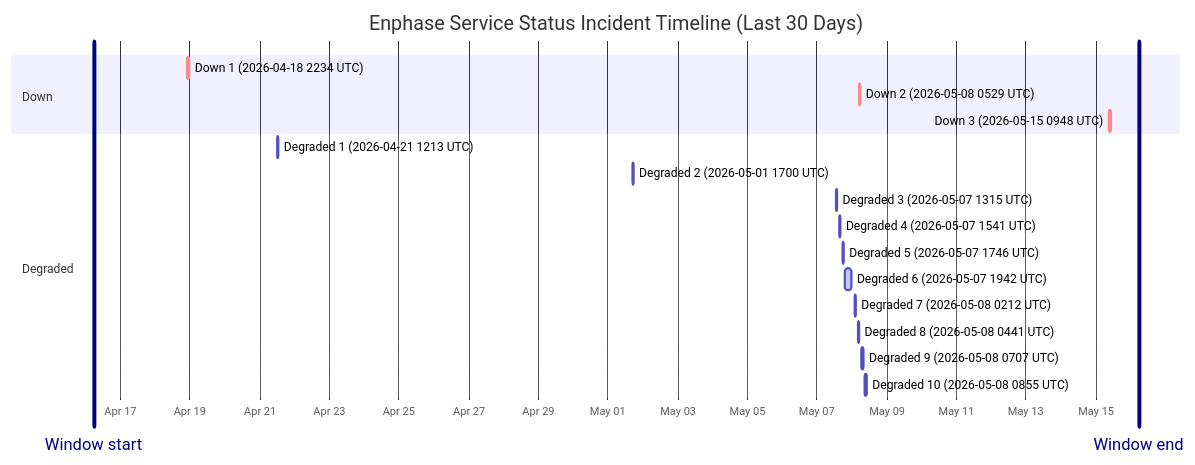
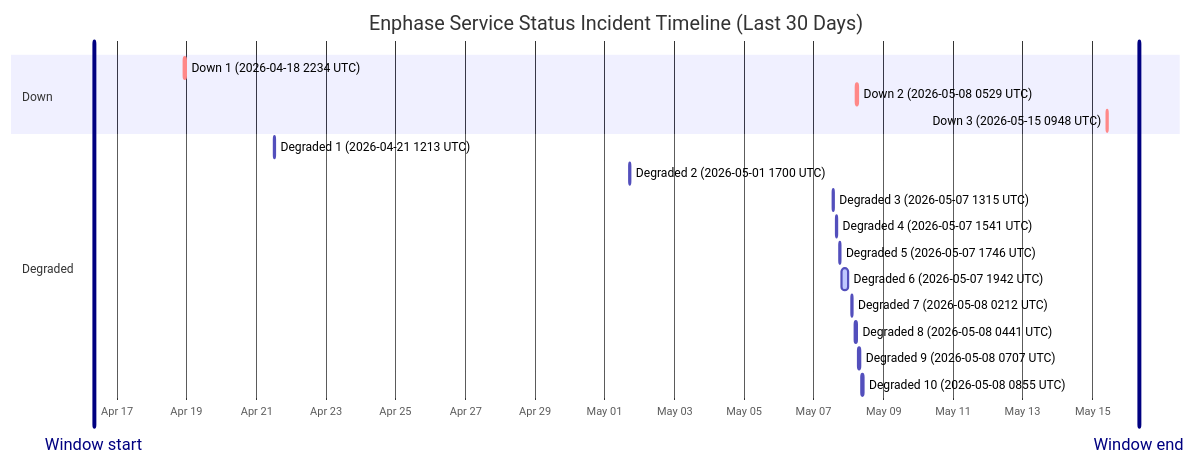
One commit to barneyonline/ha-enphase-ev-charger changed the diagram in wiki/Service-Status-History.md. Above: the diagram before and after it, drawn with Mermaid. The commit also changed other lines of this file and 3 other files, not shown here.

````diff
--- a/wiki/Service-Status-History.md
+++ b/wiki/Service-Status-History.md
@@ -14,23 +14,23 @@
 ```mermaid
 gantt
     title Enphase Service Status Incident Timeline (Last 30 Days)
     dateFormat  YYYY-MM-DDTHH:mm:ss
     axisFormat  %b %d
-    Window start :vert, window-start, 2026-04-16T05:54:05, 0ms
-    Window end :vert, window-end, 2026-05-16T05:54:05, 0ms
+    Window start :vert, window-start, 2026-04-16T08:02:50, 0ms
+    Window end :vert, window-end, 2026-05-16T08:02:50, 0ms
     section Down
     Down 1 (2026-04-18 2234 UTC) :crit, down-1, 2026-04-18T22:34:13, 60m
     Down 2 (2026-05-08 0529 UTC) :crit, down-2, 2026-05-08T05:29:47, 60m
     Down 3 (2026-05-15 0948 UTC) :crit, down-3, 2026-05-15T09:48:18, 60m
     section Degraded
     Degraded 1 (2026-04-21 1213 UTC) :active, degraded-1, 2026-04-21T12:13:11, 60m
     Degraded 2 (2026-05-01 1700 UTC) :active, degraded-2, 2026-05-01T17:00:22, 60m
     Degraded 3 (2026-05-07 1315 UTC) :active, degraded-3, 2026-05-07T13:15:25, 60m
     Degraded 4 (2026-05-07 1541 UTC) :active, degraded-4, 2026-05-07T15:41:58, 60m
     Degraded 5 (2026-05-07 1746 UTC) :active, degraded-5, 2026-05-07T17:46:51, 60m
     Degraded 6 (2026-05-07 1942 UTC) :active, degraded-6, 2026-05-07T19:42:10, 249m
     Degraded 7 (2026-05-08 0212 UTC) :active, degraded-7, 2026-05-08T02:12:39, 60m
     Degraded 8 (2026-05-08 0441 UTC) :active, degraded-8, 2026-05-08T04:41:46, 60m
     Degraded 9 (2026-05-08 0707 UTC) :active, degraded-9, 2026-05-08T07:07:30, 60m
     Degraded 10 (2026-05-08 0855 UTC) :active, degraded-10, 2026-05-08T08:55:20, 88m
 ```
````
